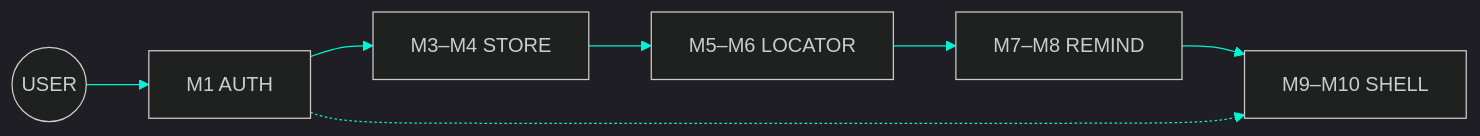
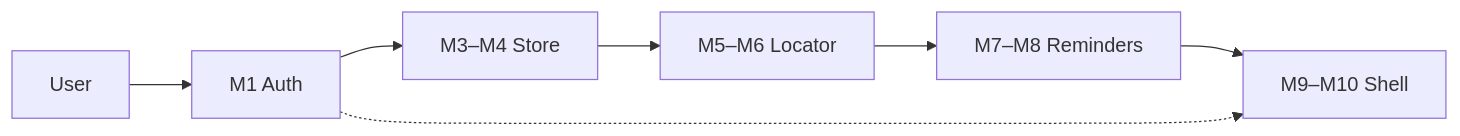
The first of 5 diagrams in README.md (ratnsharma21/MediFinder), drawn with Mermaid before and after one commit. The commit also changed other lines of this file, not shown here.

````diff
--- a/README.md
+++ b/README.md
@@ -182,10 +151,9 @@
 ```mermaid
-%%{init: {'theme':'dark','themeVariables': {'primaryColor':'#0f766e','primaryTextColor':'#ccfbf1','lineColor':'#00f5d4','secondaryColor':'#1e1b4b','tertiaryColor':'#020617','fontFamily':'JetBrains Mono'}}}%%
 flowchart LR
-  A((USER)) --> B[M1 AUTH]
-  B --> C[M3–M4 STORE]
-  C --> D[M5–M6 LOCATOR]
-  D --> E[M7–M8 REMIND]
-  E --> F[M9–M10 SHELL]
+  A[User] --> B[M1 Auth]
+  B --> C[M3–M4 Store]
+  C --> D[M5–M6 Locator]
+  D --> E[M7–M8 Reminders]
+  E --> F[M9–M10 Shell]
   B -.-> F
 ```
````
